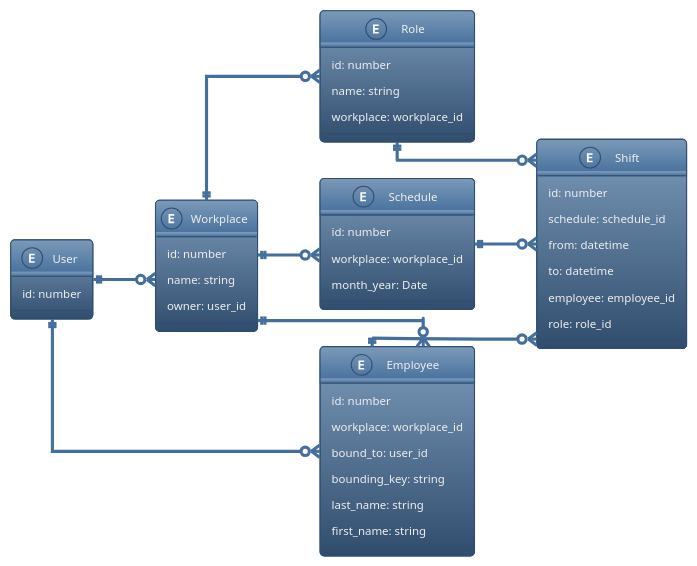
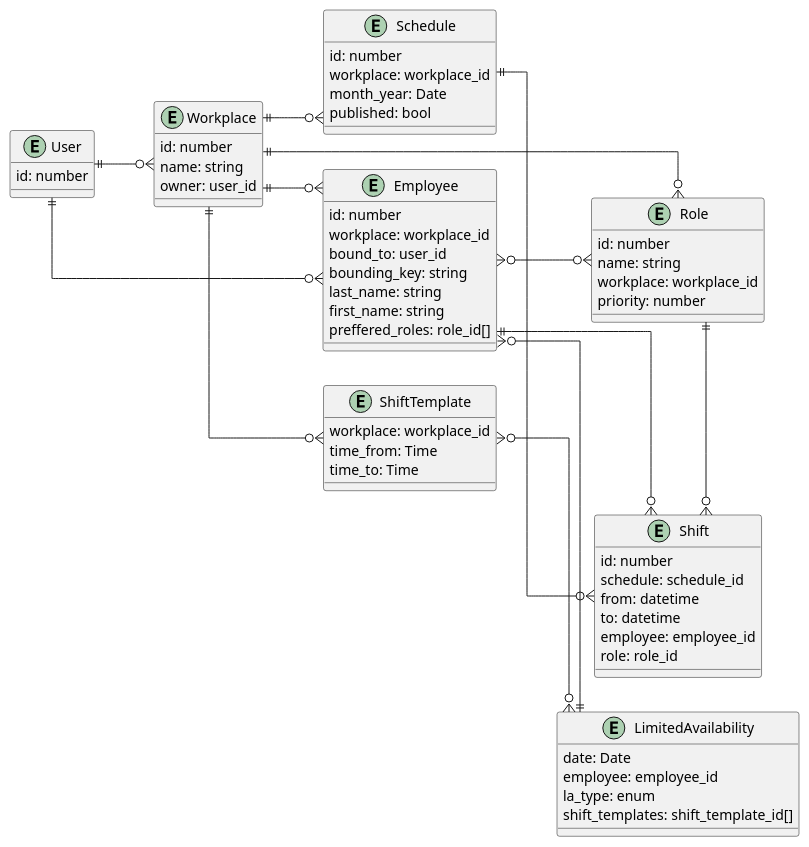
Before and after one commit to kadukows/shift-scheduler: the diagram in doc/db.plantuml, drawn with PlantUML. The commit also changed 14 other files, not shown here.

```diff
--- a/doc/db.plantuml
+++ b/doc/db.plantuml
@@ -1,63 +1,88 @@
 @startuml
+
 skinparam linetype ortho
 left to right direction
-!theme spacelab
+
 
 together {
 
 entity User {
     id: number
 }
 
 entity Workplace {
     id: number
     name: string
     owner: user_id
 }
 
 }
 
 together {
 
 entity Employee {
     id: number
     workplace: workplace_id
     bound_to: user_id
     bounding_key: string
     last_name: string
     first_name: string
+    preffered_roles: role_id[]
 }
 
 entity Schedule {
     id: number
     workplace: workplace_id
     month_year: Date
+    published: bool
 }
 
 entity Role {
     id: number
     name: string
     workplace: workplace_id
+    priority: number
+}
+
+entity ShiftTemplate {
+    workplace: workplace_id
+    time_from: Time
+    time_to: Time
 }
 
 }
+
+together {
 
 entity Shift {
     id: number
     schedule: schedule_id
     from: datetime
     to: datetime
     employee: employee_id
     role: role_id
 }
 
+entity LimitedAvailability {
+    date: Date
+    employee: employee_id
+    la_type: enum
+    shift_templates: shift_template_id[]
+}
+
+}
+
 User ||--o{ Workplace
 User ||--o{ Employee
 Workplace ||--o{ Employee
 Workplace ||--o{ Schedule
 Workplace ||--o{ Role
+Workplace ||--o{ ShiftTemplate
 Schedule ||--o{ Shift
 Employee ||--o{ Shift
+Employee }o--o{ Role
 Role ||--o{ Shift
+LimitedAvailability ||--o{ Employee
+LimitedAvailability }o--o{ ShiftTemplate
 
 @enduml
```
